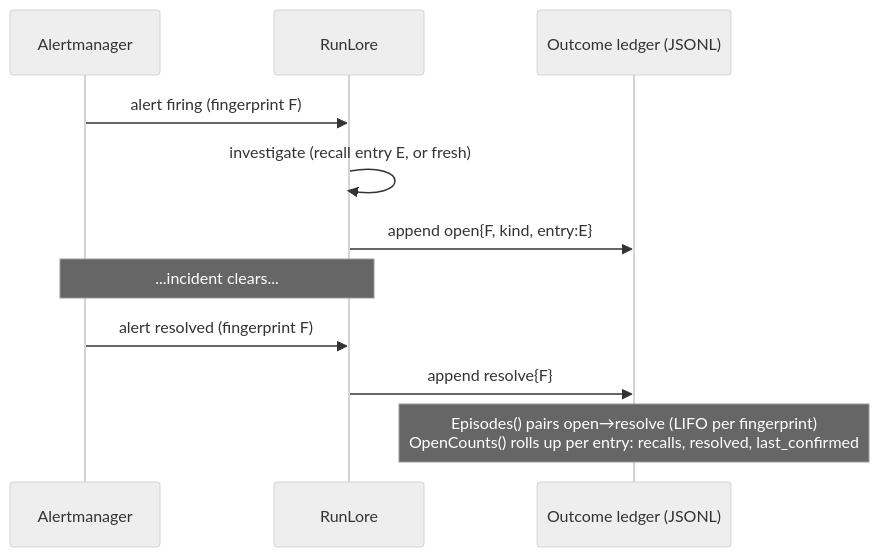
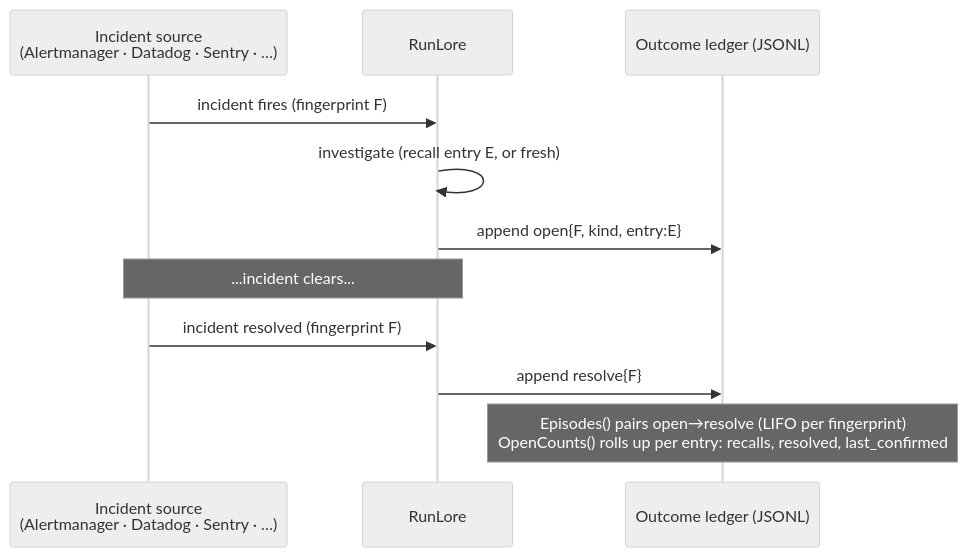
The fourth of 6 diagrams in docs/learning-loop.md (Smana/runlore), drawn with Mermaid (neutral theme) before and after one commit. The commit also changed other lines of this file, not shown here.

First line of the commit message:
docs(learning-loop): event source is pluggable, not Alertmanager-specific (#91)

````diff
--- a/docs/learning-loop.md
+++ b/docs/learning-loop.md
@@ -165,13 +176,13 @@
 ```mermaid
 sequenceDiagram
-    participant AM as Alertmanager
+    participant SRC as Incident source<br/>(Alertmanager · Datadog · Sentry · …)
     participant RL as RunLore
     participant L as Outcome ledger (JSONL)
-    AM->>RL: alert firing (fingerprint F)
+    SRC->>RL: incident fires (fingerprint F)
     RL->>RL: investigate (recall entry E, or fresh)
     RL->>L: append open{F, kind, entry:E}
-    Note over AM,RL: ...incident clears...
-    AM->>RL: alert resolved (fingerprint F)
+    Note over SRC,RL: ...incident clears...
+    SRC->>RL: incident resolved (fingerprint F)
     RL->>L: append resolve{F}
     Note over L: Episodes() pairs open→resolve (LIFO per fingerprint)<br/>OpenCounts() rolls up per entry: recalls, resolved, last_confirmed
 ```
````
